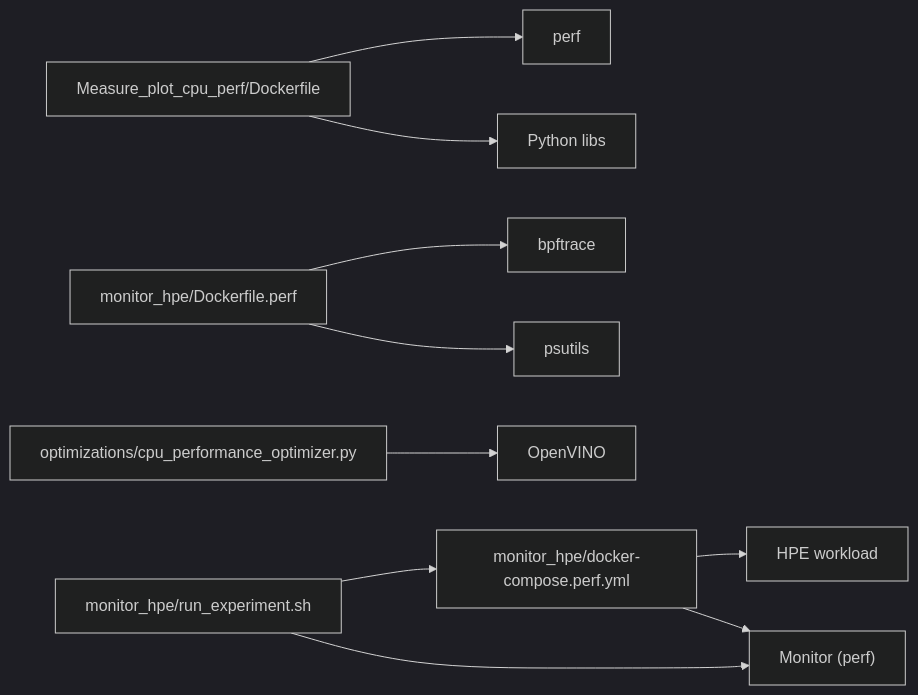
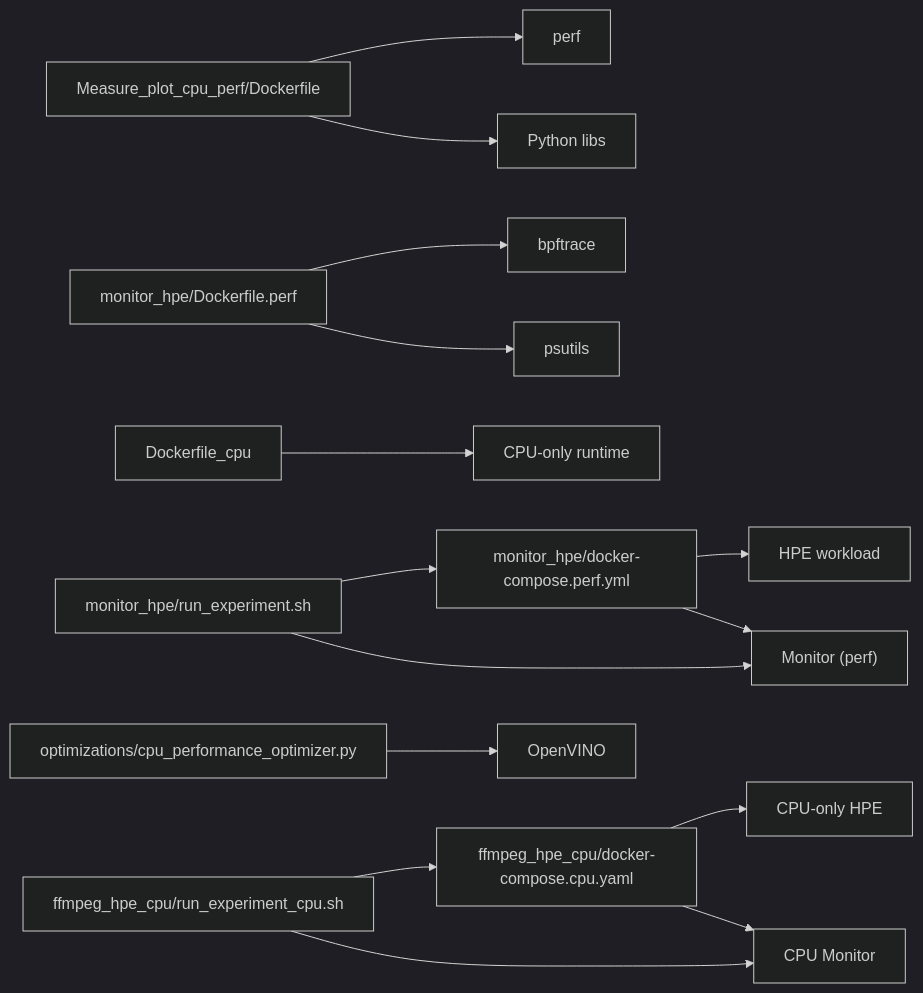
The eighth of 8 diagrams in .qoder/repowiki/en/content/Integration Components/CPU Performance Analysis Tools.md (Fogus-Gr/MeasurementsDTs), drawn with Mermaid (dark theme) before and after one commit. The commit also changed other lines of this file and 5 other files, not shown here.

````diff
--- a/.qoder/repowiki/en/content/Integration Components/CPU Performance Analysis Tools.md
+++ b/.qoder/repowiki/en/content/Integration Components/CPU Performance Analysis Tools.md
@@ -292,12 +399,17 @@
 ```mermaid
 graph LR
 DF1["Measure_plot_cpu_perf/Dockerfile"] --> PERF["perf"]
 DF1 --> PY["Python libs"]
 DF2["monitor_hpe/Dockerfile.perf"] --> BPF["bpftrace"]
 DF2 --> PS["psutils"]
+DF3["Dockerfile_cpu"] --> CPU_ONLY["CPU-only runtime"]
 DC["monitor_hpe/docker-compose.perf.yml"] --> HPE["HPE workload"]
 DC --> MON["Monitor (perf)"]
+DC2["ffmpeg_hpe_cpu/docker-compose.cpu.yaml"] --> HPE_CPU["CPU-only HPE"]
+DC2 --> MON_CPU["CPU Monitor"]
 OPT["optimizations/cpu_performance_optimizer.py"] --> OV["OpenVINO"]
 EXP["monitor_hpe/run_experiment.sh"] --> DC
 EXP --> MON
+EXPCPU["ffmpeg_hpe_cpu/run_experiment_cpu.sh"] --> DC2
+EXPCPU --> MON_CPU
 ```
````
